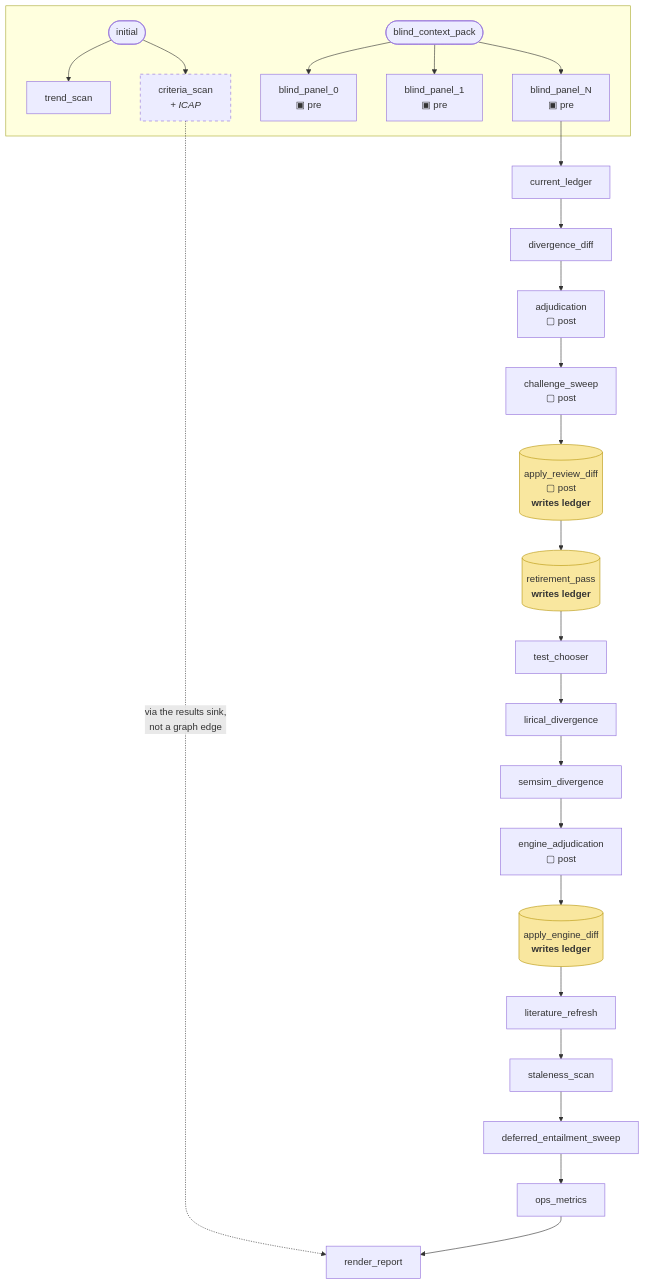
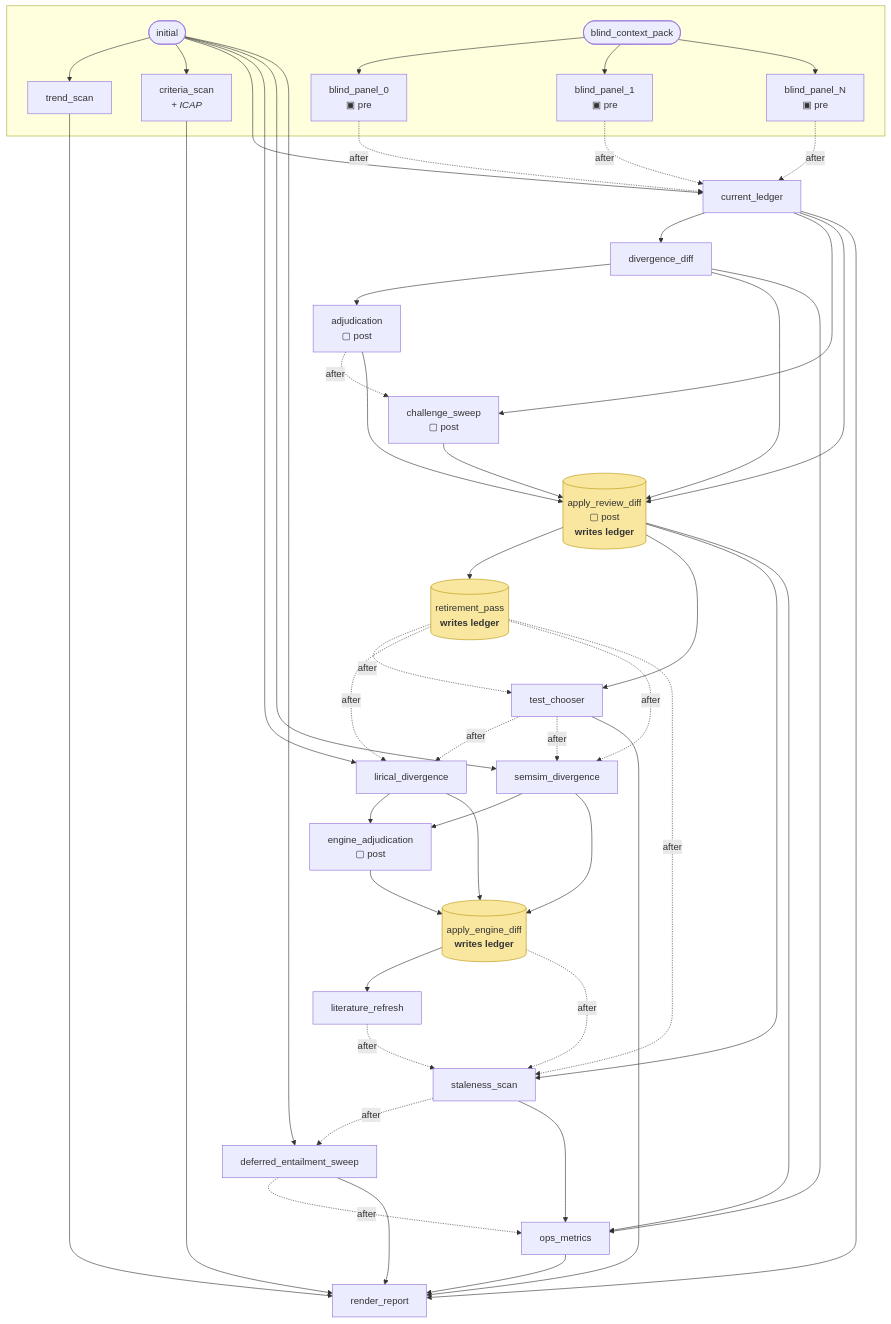
One commit to dpeterka/a-doc changed the second of 2 diagrams in docs/dag-topology.md. Above: the diagram before and after it, drawn with Mermaid. The commit also changed other lines of this file and 7 other files, not shown here.

First line of the commit message:
refactor(dag): the declared graph is the real graph

````diff
--- a/docs/dag-topology.md
+++ b/docs/dag-topology.md
@@ -32,33 +32,58 @@
 ```mermaid
 flowchart TD
     subgraph roots [" "]
         INIT([initial]) --> TS[trend_scan]
         INIT --> CS[criteria_scan<br/><i>+ ICAP</i>]
         BCP([blind_context_pack]) --> BP0[blind_panel_0<br/>▣ pre]
         BCP --> BP1[blind_panel_1<br/>▣ pre]
         BCP --> BPN[blind_panel_N<br/>▣ pre]
     end
 
-    BPN --> CL[current_ledger]
+    BP0 -.->|after| CL
+    BP1 -.->|after| CL
+    BPN -.->|after| CL
+    INIT --> CL[current_ledger]
     CL --> DD[divergence_diff]
     DD --> AD[adjudication<br/>▢ post]
-    AD --> CSW[challenge_sweep<br/>▢ post]
+    CL --> CSW[challenge_sweep<br/>▢ post]
+    AD -.->|after| CSW
     CSW --> ARD[(apply_review_diff<br/>▢ post<br/><b>writes ledger</b>)]
+    AD --> ARD
+    CL --> ARD
+    DD --> ARD
     ARD --> RP[(retirement_pass<br/><b>writes ledger</b>)]
-    RP --> TC[test_chooser]
-    TC --> LD[lirical_divergence]
-    LD --> SD[semsim_divergence]
-    SD --> EA[engine_adjudication<br/>▢ post]
+    ARD --> TC[test_chooser]
+    RP -.->|after| TC
+    INIT --> LD[lirical_divergence]
+    INIT --> SD[semsim_divergence]
+    RP -.->|after| LD
+    RP -.->|after| SD
+    TC -.->|after| LD
+    TC -.->|after| SD
+    LD --> EA[engine_adjudication<br/>▢ post]
+    SD --> EA
     EA --> AED[(apply_engine_diff<br/><b>writes ledger</b>)]
+    LD --> AED
+    SD --> AED
     AED --> LR[literature_refresh]
-    LR --> SS[staleness_scan]
-    SS --> DES[deferred_entailment_sweep]
-    DES --> OM[ops_metrics]
+    ARD --> SS[staleness_scan]
+    LR -.->|after| SS
+    RP -.->|after| SS
+    AED -.->|after| SS
+    INIT --> DES[deferred_entailment_sweep]
+    SS -.->|after| DES
+    ARD --> OM[ops_metrics]
+    DD --> OM
+    SS --> OM
+    DES -.->|after| OM
     OM --> RR[render_report]
-    CS -.->|via the results sink,<br/>not a graph edge| RR
+    TS --> RR
+    CS --> RR
+    CL --> RR
+    TC --> RR
+    DES --> RR
 
     style ARD fill:#f9e79f,stroke:#b7950b
     style RP fill:#f9e79f,stroke:#b7950b
     style AED fill:#f9e79f,stroke:#b7950b
-    style CS stroke-dasharray: 5 5
 ```
````
